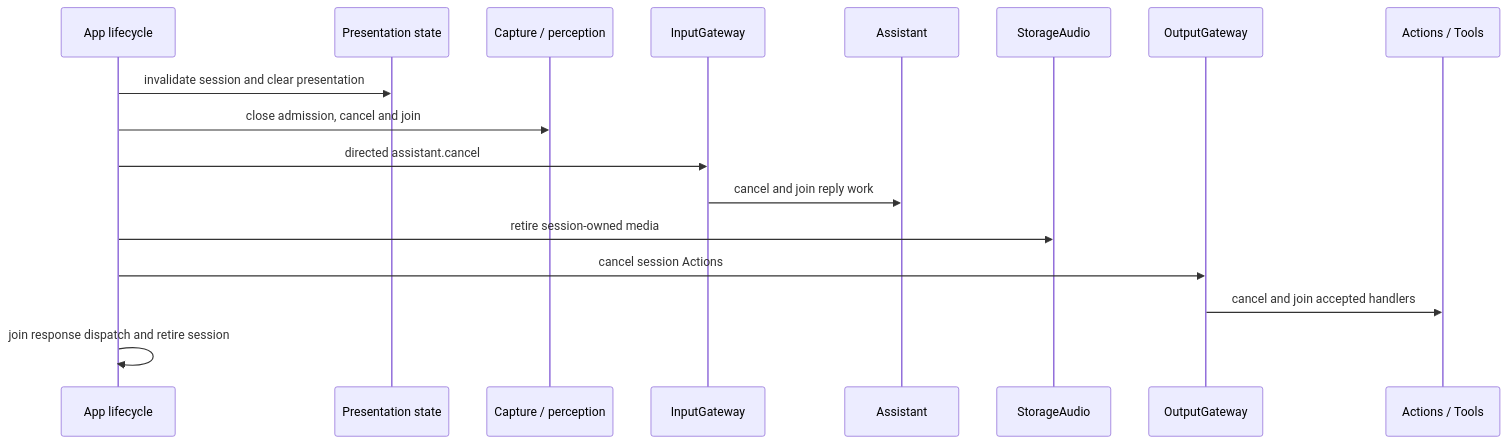
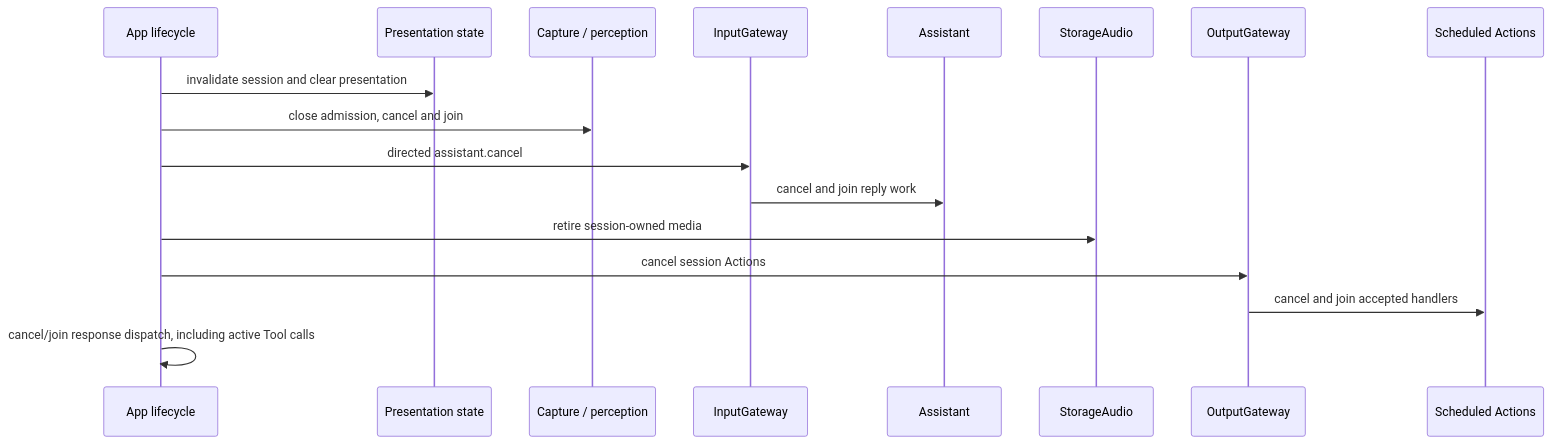
Before and after one commit to devilyouwei/MobileHarness: the eighth of 13 diagrams in MobileHarness/README.md, drawn with Mermaid. The commit also changed other lines of this file, not shown here.

Commit message:
docs: correct architecture flow semantics

````diff
--- a/MobileHarness/README.md
+++ b/MobileHarness/README.md
@@ -432,19 +437,19 @@
 ```mermaid
 sequenceDiagram
     participant App as App lifecycle
     participant UI as Presentation state
     participant Producers as Capture / perception
     participant Input as InputGateway
     participant Assistant
     participant Audio as StorageAudio
     participant Output as OutputGateway
-    participant Runtime as Actions / Tools
+    participant Actions as Scheduled Actions
     App->>UI: invalidate session and clear presentation
     App->>Producers: close admission, cancel and join
     App->>Input: directed assistant.cancel
     Input->>Assistant: cancel and join reply work
     App->>Audio: retire session-owned media
     App->>Output: cancel session Actions
-    Output->>Runtime: cancel and join accepted handlers
-    App->>App: join response dispatch and retire session
+    Output->>Actions: cancel and join accepted handlers
+    App->>App: cancel/join response dispatch, including active Tool calls
 ```
````
